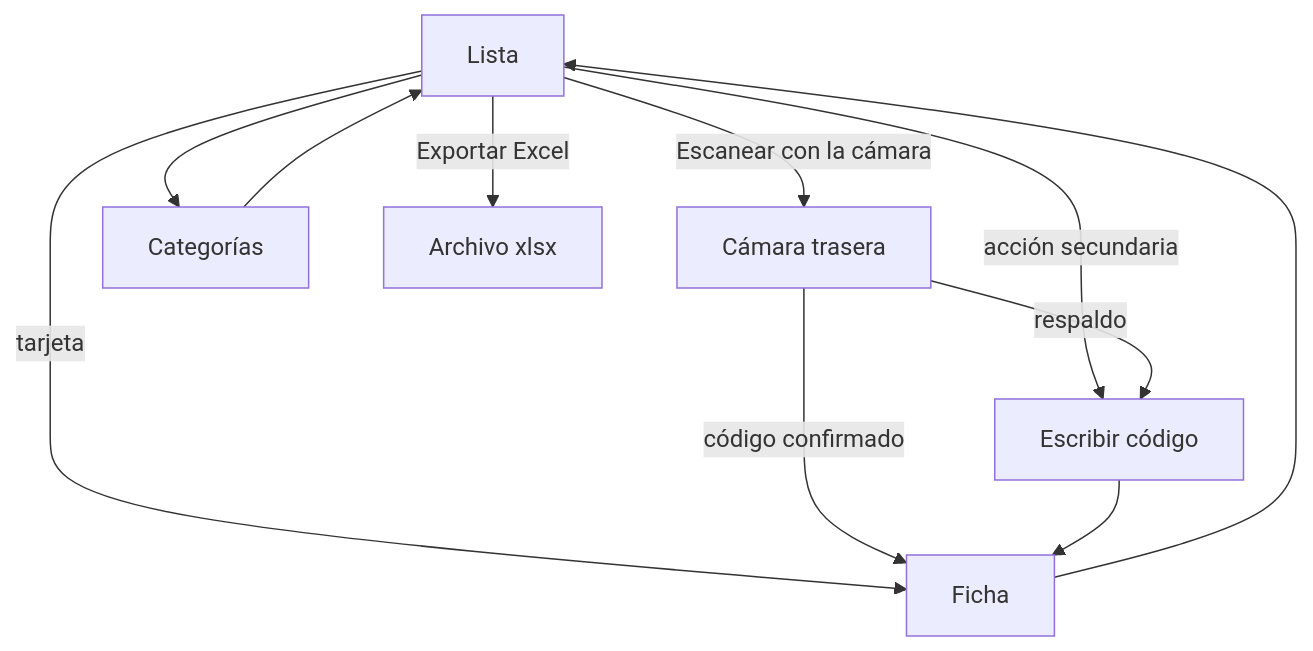
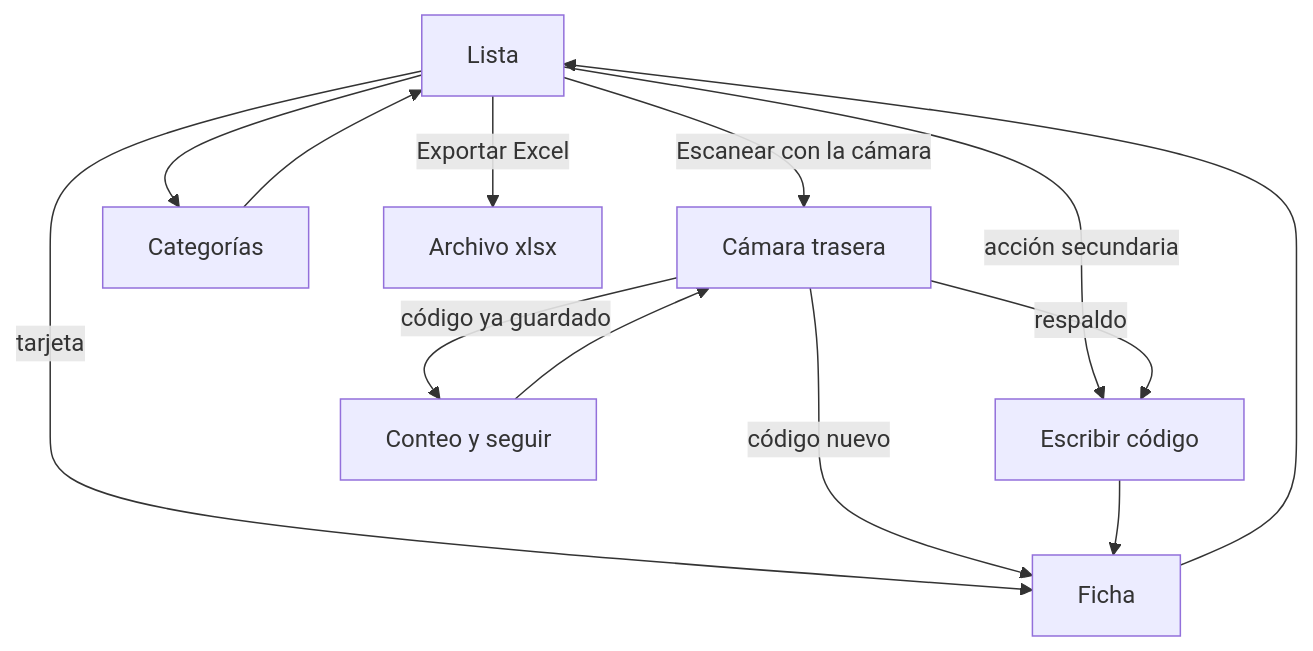
Before and after one commit to Sebastian11082003/inventario-codigos: the diagram in docs/12-ux-ui/navigation-map.md, drawn with Mermaid. The commit also changed other lines of this file and 23 other files, not shown here.

````diff
--- a/docs/12-ux-ui/navigation-map.md
+++ b/docs/12-ux-ui/navigation-map.md
@@ -3,18 +3,20 @@
 ```mermaid
 flowchart TD
   lista[Lista]
   cam[Cámara trasera]
   manual[Escribir código]
   ficha[Ficha]
   cats[Categorías]
   lista -->|Escanear con la cámara| cam
   lista -->|acción secundaria| manual
   lista --> cats
   lista -->|tarjeta| ficha
-  cam -->|código confirmado| ficha
+  cam -->|código ya guardado| conteo[Conteo y seguir]
+  conteo --> cam
+  cam -->|código nuevo| ficha
   cam -->|respaldo| manual
   manual --> ficha
   ficha --> lista
   cats --> lista
   lista -->|Exportar Excel| archivo[Archivo xlsx]
 ```
````
